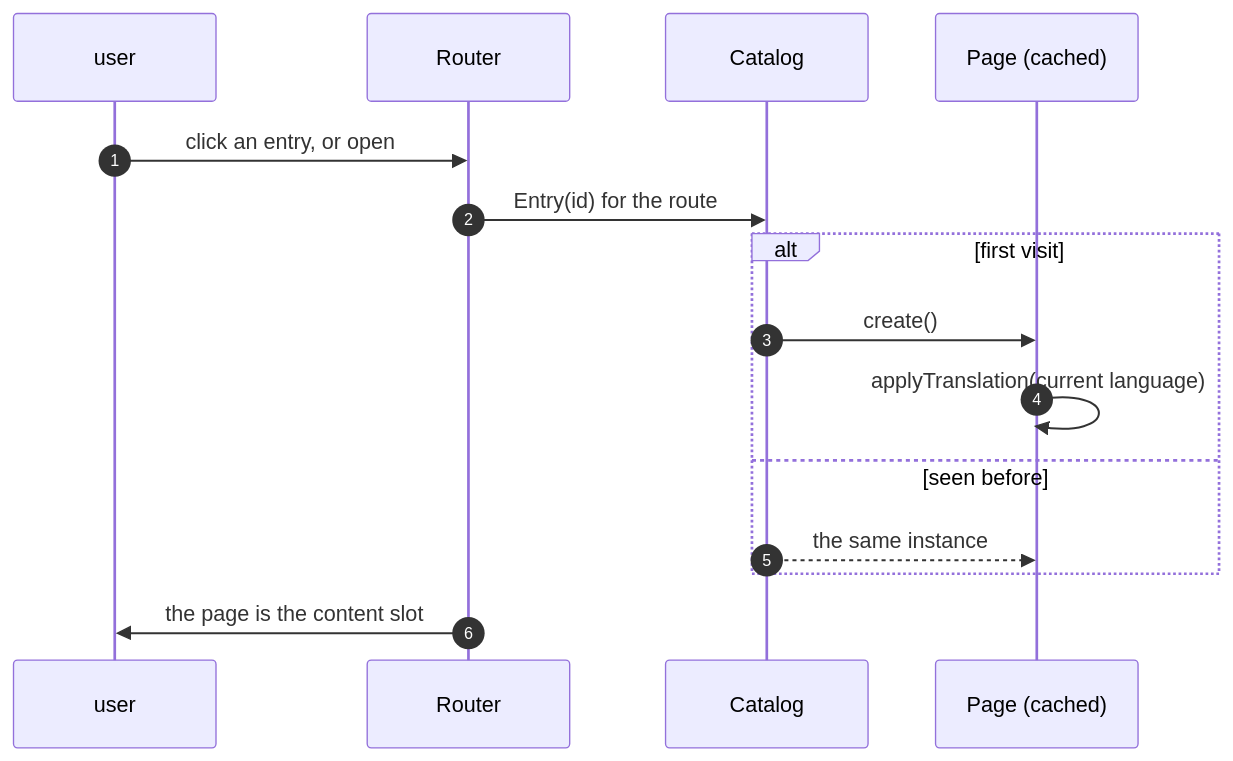
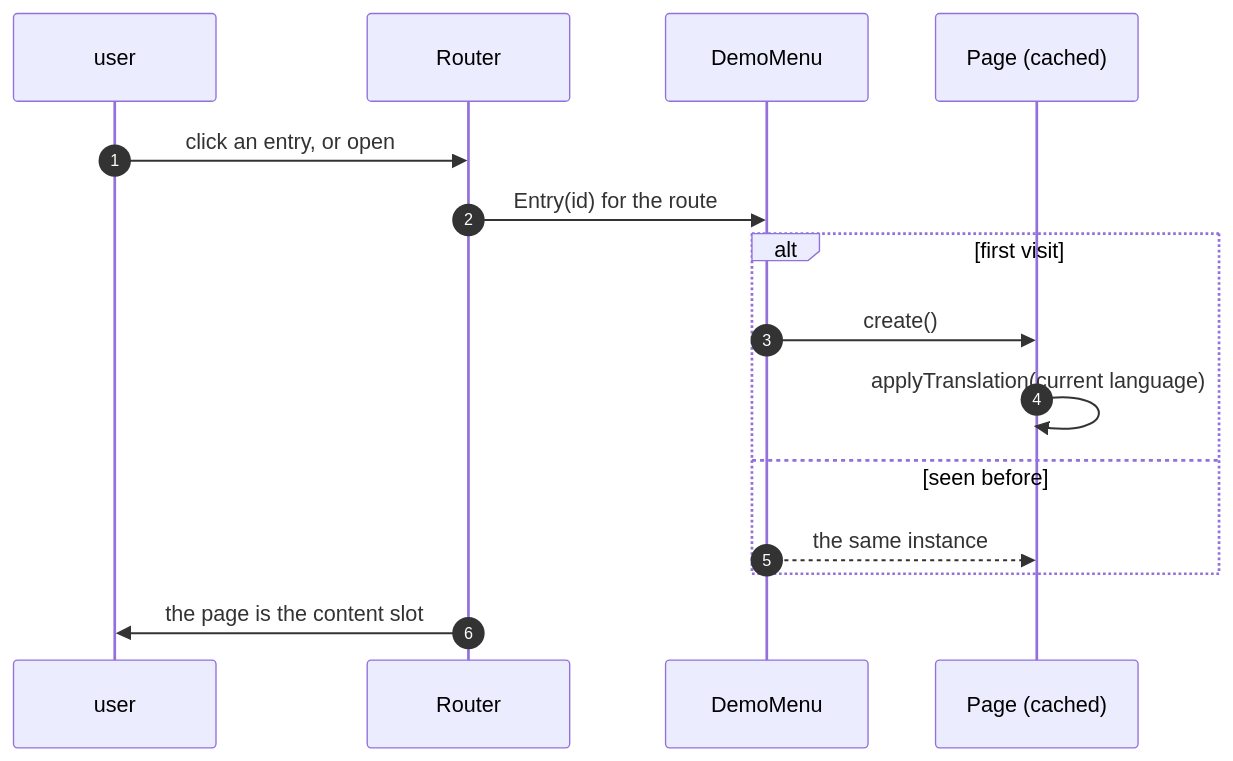
The second of 2 diagrams in docs/src/jsMain/resources/docs/demo-kit/overview.md (shijianjs/ktjs-dom-kit), drawn with Mermaid before and after one commit. The commit also changed other lines of this file and 19 other files, not shown here.

First line of the commit message:
refactor(demo-kit): shell -> DemoLayout, catalogue -> DemoMenu

````diff
--- a/docs/src/jsMain/resources/docs/demo-kit/overview.md
+++ b/docs/src/jsMain/resources/docs/demo-kit/overview.md
@@ -119,17 +119,17 @@
 ```mermaid
 sequenceDiagram
   autonumber
   participant U as user
   participant R as Router
-  participant C as Catalog
+  participant C as DemoMenu
   participant P as Page (cached)
   U->>R: click an entry, or open #/stylesheets
   R->>C: Entry(id) for the route
   alt first visit
     C->>P: create()
     P->>P: applyTranslation(current language)
   else seen before
     C-->>P: the same instance
   end
   R->>U: the page is the content slot
 ```
````
